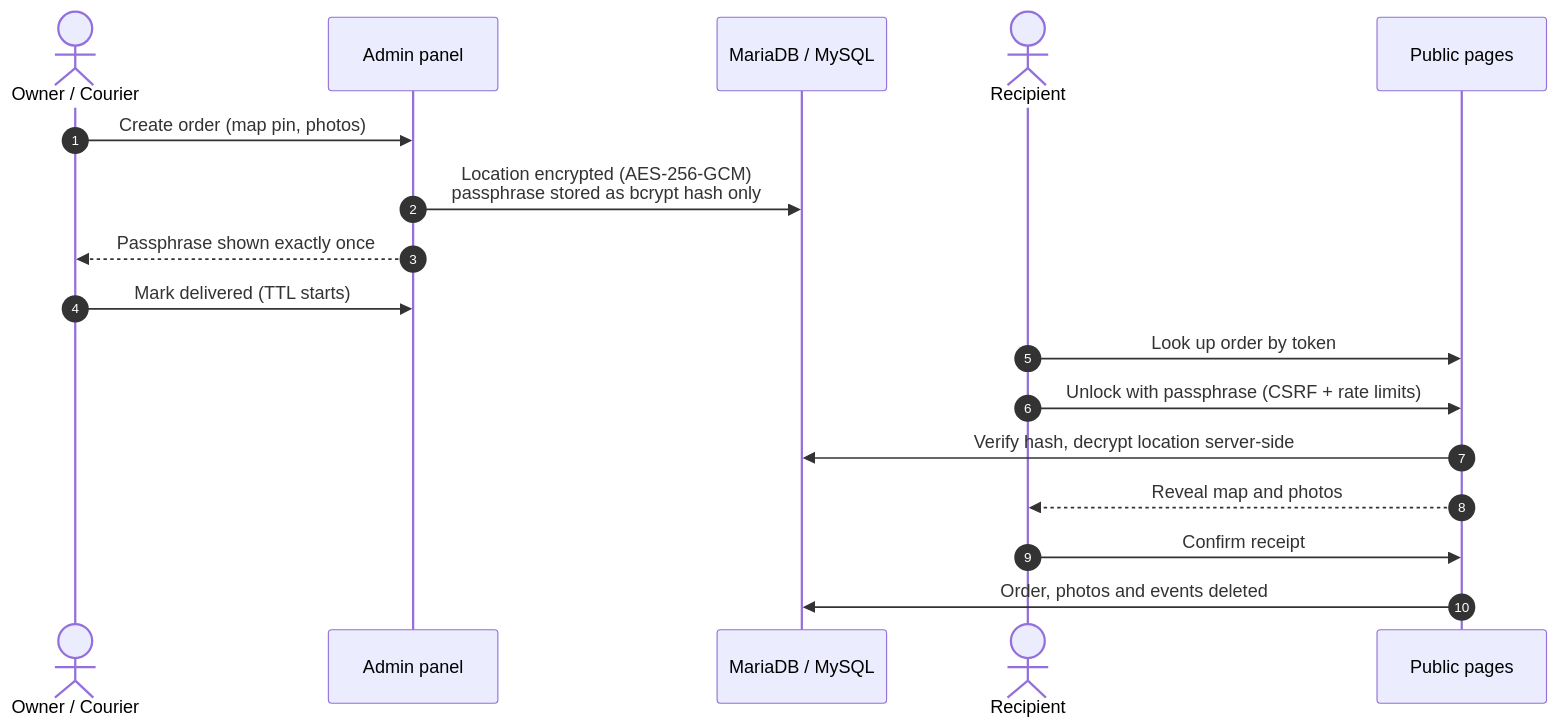
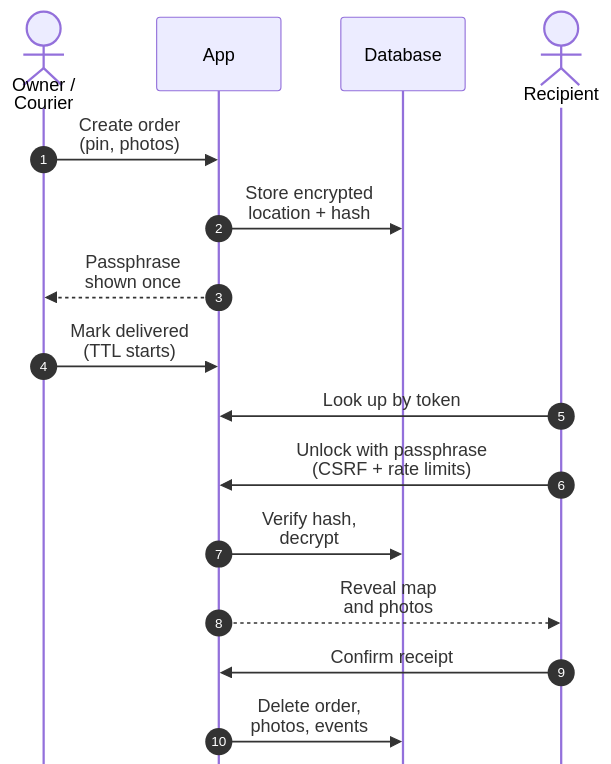
Before and after one commit to kilerdevs/DeadDropMGMT: the first of 3 diagrams in README.md, drawn with Mermaid. The commit also changed other lines of this file, not shown here.

First line of the commit message:
Make the README diagrams narrower so GitHub's zoom controls do not cover them

````diff
--- a/README.md
+++ b/README.md
@@ -100,20 +100,20 @@
 ```mermaid
+%%{init: {"sequence": {"mirrorActors": false, "width": 110, "actorMargin": 30, "messageMargin": 28}}}%%
 sequenceDiagram
     autonumber
-    actor C as Owner / Courier
-    participant A as Admin panel
-    participant DB as MariaDB / MySQL
+    actor C as Owner /<br/>Courier
+    participant A as App
+    participant DB as Database
     actor R as Recipient
-    participant P as Public pages
 
-    C->>A: Create order (map pin, photos)
-    A->>DB: Location encrypted (AES-256-GCM)<br/>passphrase stored as bcrypt hash only
-    A-->>C: Passphrase shown exactly once
-    C->>A: Mark delivered (TTL starts)
-    R->>P: Look up order by token
-    R->>P: Unlock with passphrase (CSRF + rate limits)
-    P->>DB: Verify hash, decrypt location server-side
-    P-->>R: Reveal map and photos
-    R->>P: Confirm receipt
-    P->>DB: Order, photos and events deleted
+    C->>A: Create order<br/>(pin, photos)
+    A->>DB: Store encrypted<br/>location + hash
+    A-->>C: Passphrase<br/>shown once
+    C->>A: Mark delivered<br/>(TTL starts)
+    R->>A: Look up by token
+    R->>A: Unlock with passphrase<br/>(CSRF + rate limits)
+    A->>DB: Verify hash,<br/>decrypt
+    A-->>R: Reveal map<br/>and photos
+    R->>A: Confirm receipt
+    A->>DB: Delete order,<br/>photos, events
 ```
````
